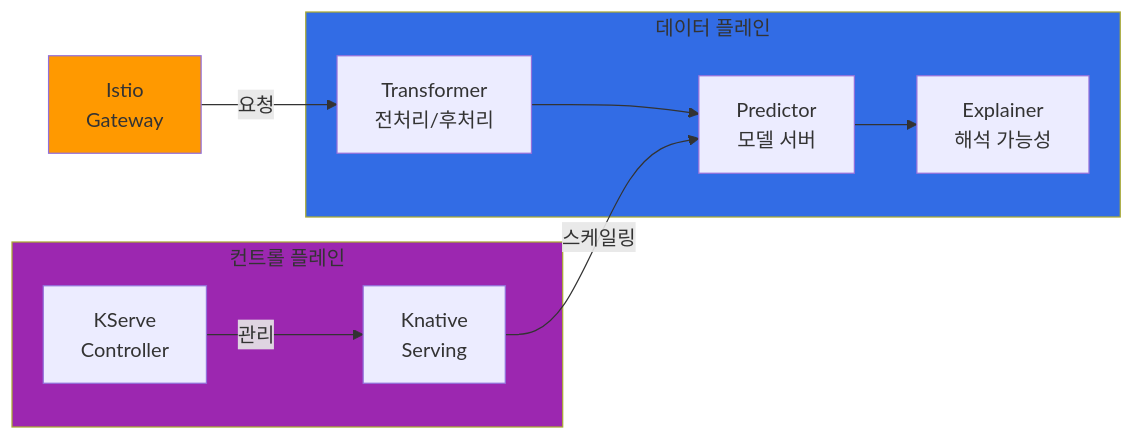
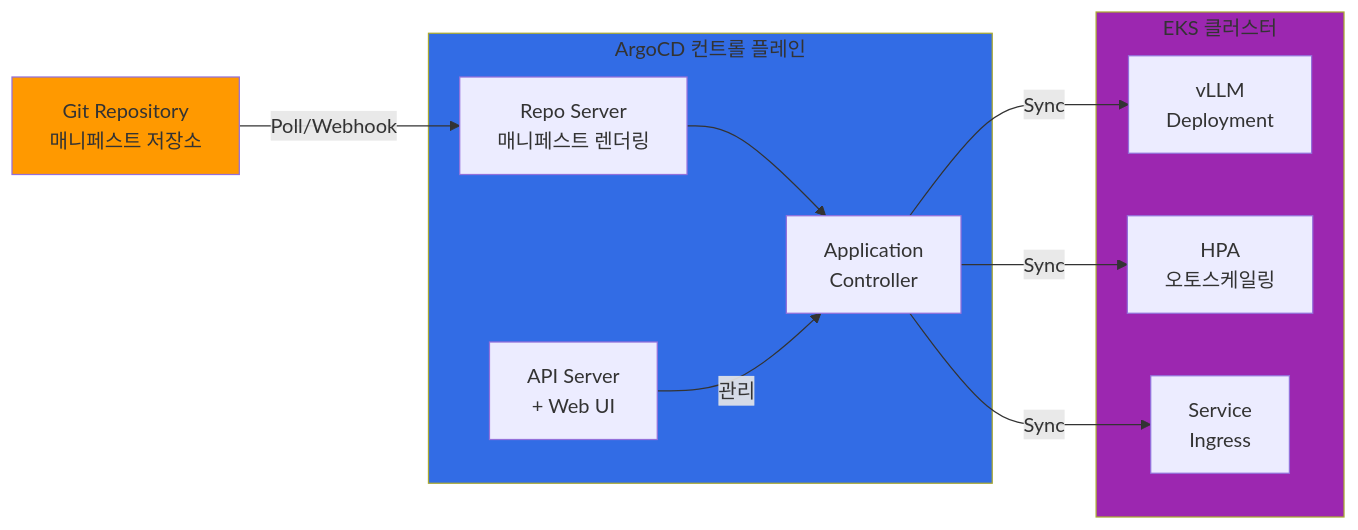
The fourth of 6 diagrams in docs/agentic-ai-platform/operations-mlops/mlops-pipeline-eks.md (devfloor9/engineering-playbook), drawn with Mermaid before and after one commit. The commit also changed other lines of this file and 21 other files, not shown here.

````diff
--- a/docs/agentic-ai-platform/operations-mlops/mlops-pipeline-eks.md
+++ b/docs/agentic-ai-platform/operations-mlops/mlops-pipeline-eks.md
@@ -697,26 +699,27 @@
 ```mermaid
 flowchart LR
-    INGRESS[Istio<br/>Gateway]
+    GIT[Git Repository<br/>매니페스트 저장소]
 
-    subgraph DataPlane["데이터 플레인"]
-        TRANSFORMER[Transformer<br/>전처리/후처리]
-        PREDICTOR[Predictor<br/>모델 서버]
-        EXPLAINER[Explainer<br/>해석 가능성]
+    subgraph ArgoCD["ArgoCD 컨트롤 플레인"]
+        REPO_SERVER[Repo Server<br/>매니페스트 렌더링]
+        APP_CONTROLLER[Application<br/>Controller]
+        API_SERVER[API Server<br/>+ Web UI]
     end
 
-    subgraph ControlPlane["컨트롤 플레인"]
-        CONTROLLER[KServe<br/>Controller]
-        KNATIVE[Knative<br/>Serving]
+    subgraph Target["EKS 클러스터"]
+        VLLM_DEPLOY[vLLM<br/>Deployment]
+        HPA[HPA<br/>오토스케일링]
+        SVC[Service<br/>Ingress]
     end
 
-    INGRESS -->|요청| TRANSFORMER
-    TRANSFORMER --> PREDICTOR
-    PREDICTOR --> EXPLAINER
+    GIT -->|Poll/Webhook| REPO_SERVER
+    REPO_SERVER --> APP_CONTROLLER
+    APP_CONTROLLER -->|Sync| VLLM_DEPLOY
+    APP_CONTROLLER -->|Sync| HPA
+    APP_CONTROLLER -->|Sync| SVC
+    API_SERVER -->|관리| APP_CONTROLLER
 
-    CONTROLLER -->|관리| KNATIVE
-    KNATIVE -->|스케일링| PREDICTOR
-
-    style DataPlane fill:#326ce5
-    style ControlPlane fill:#9c27b0
-    style INGRESS fill:#ff9900
+    style ArgoCD fill:#326ce5
+    style Target fill:#9c27b0
+    style GIT fill:#ff9900
 ```
````
